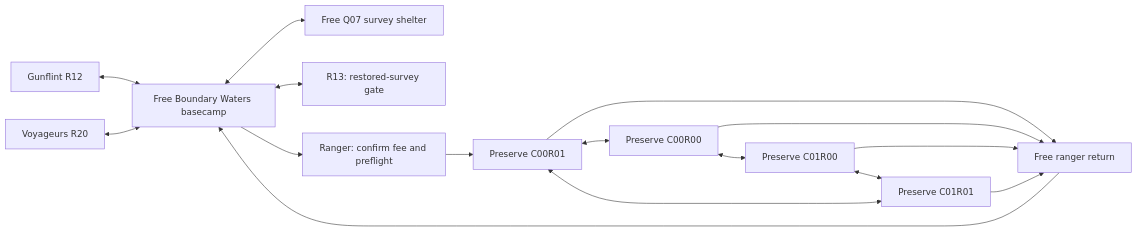
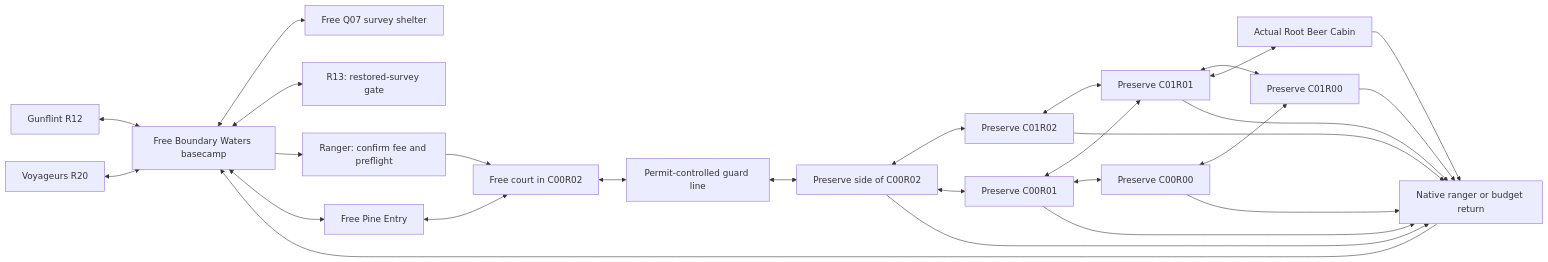
One commit to TheCulliganMan/geothite changed the diagram in planning/minnesota/playable/boundary-waters-safari.md. Above: the diagram before and after it, drawn with Mermaid. The commit also changed other lines of this file and 275 other files, not shown here.

````diff
--- a/planning/minnesota/playable/boundary-waters-safari.md
+++ b/planning/minnesota/playable/boundary-waters-safari.md
@@ -56,18 +60,29 @@
 ```mermaid
 flowchart LR
  R12[Gunflint R12] <--> HUB[Free Boundary Waters basecamp]
  R20[Voyageurs R20] <--> HUB
  HUB <--> SHELTER[Free Q07 survey shelter]
  HUB <--> R13[R13: restored-survey gate]
  HUB --> CHECKIN[Ranger: confirm fee and preflight]
- CHECKIN --> SW[Preserve C00R01]
- SW <--> NW[Preserve C00R00]
- NW <--> NE[Preserve C01R00]
- NE <--> SE[Preserve C01R01]
- SE <--> SW
- SW --> EXIT[Free ranger return]
+ HUB <--> PINE[Free Pine Entry]
+ PINE <--> COURT[Free court in C00R02]
+ CHECKIN --> COURT
+ COURT <--> GATE[Permit-controlled guard line]
+ GATE <--> SW[Preserve side of C00R02]
+ SW <--> SE[Preserve C01R02]
+ SW <--> WEST[Preserve C00R01]
+ SE <--> EAST[Preserve C01R01]
+ WEST <--> EAST
+ WEST <--> NW[Preserve C00R00]
+ EAST <--> NE[Preserve C01R00]
+ NW <--> NE
+ EAST <--> CABIN[Actual Root Beer Cabin]
+ SW --> EXIT[Native ranger or budget return]
  NW --> EXIT
  NE --> EXIT
  SE --> EXIT
+ WEST --> EXIT
+ EAST --> EXIT
+ CABIN --> EXIT
  EXIT --> HUB
 ```
````
